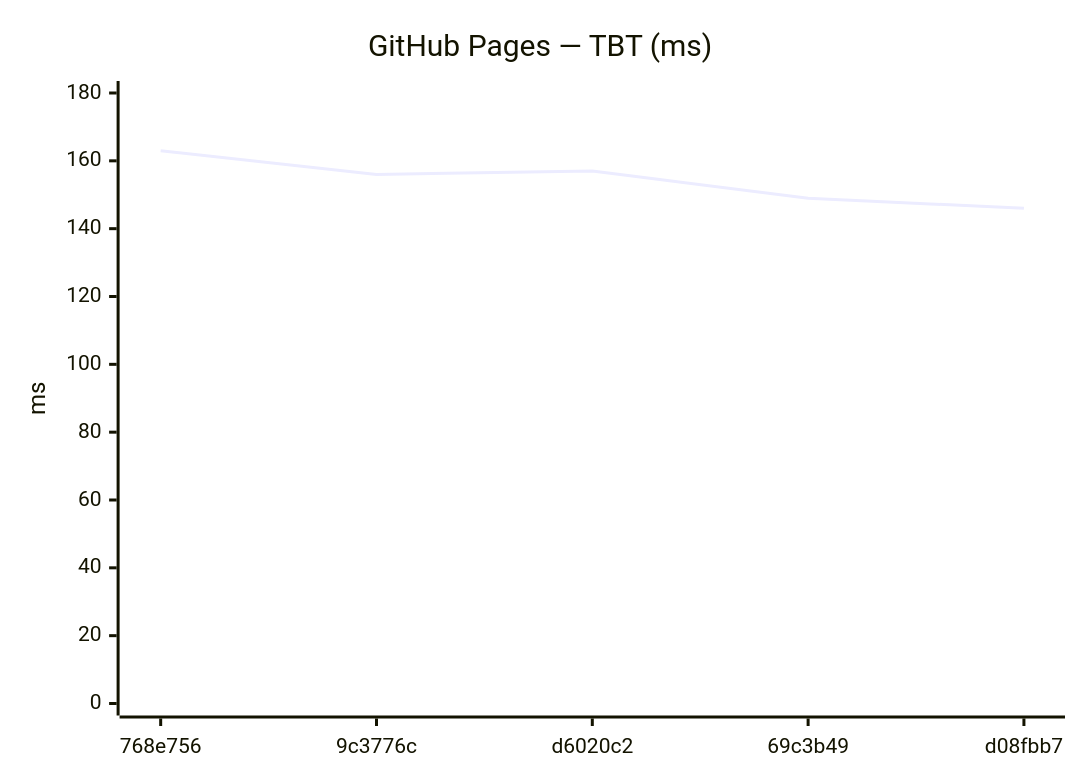
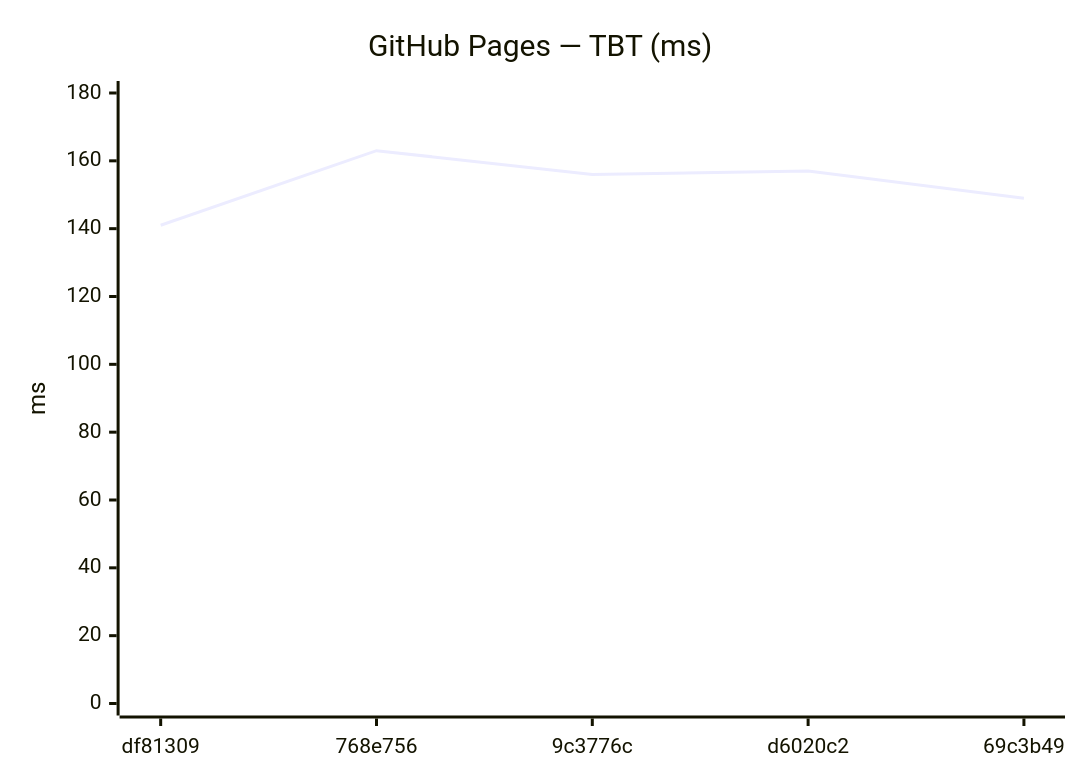
Before and after one commit to Metaheurist/Rianell: the tenth of 18 diagrams in benchmarks/compare.md, drawn with Mermaid. The commit also changed other lines of this file and 11 other files, not shown here.

````diff
--- a/benchmarks/compare.md
+++ b/benchmarks/compare.md
@@ -149,7 +149,7 @@
 ```mermaid
 xychart-beta
     title "GitHub Pages — TBT (ms)"
-    x-axis ["768e756", "9c3776c", "d6020c2", "69c3b49", "d08fbb7"]
+    x-axis ["df81309", "768e756", "9c3776c", "d6020c2", "69c3b49"]
     y-axis "ms" 0 --> 180
-    line [163, 156, 157, 149, 146]
+    line [141, 163, 156, 157, 149]
 ```
````
